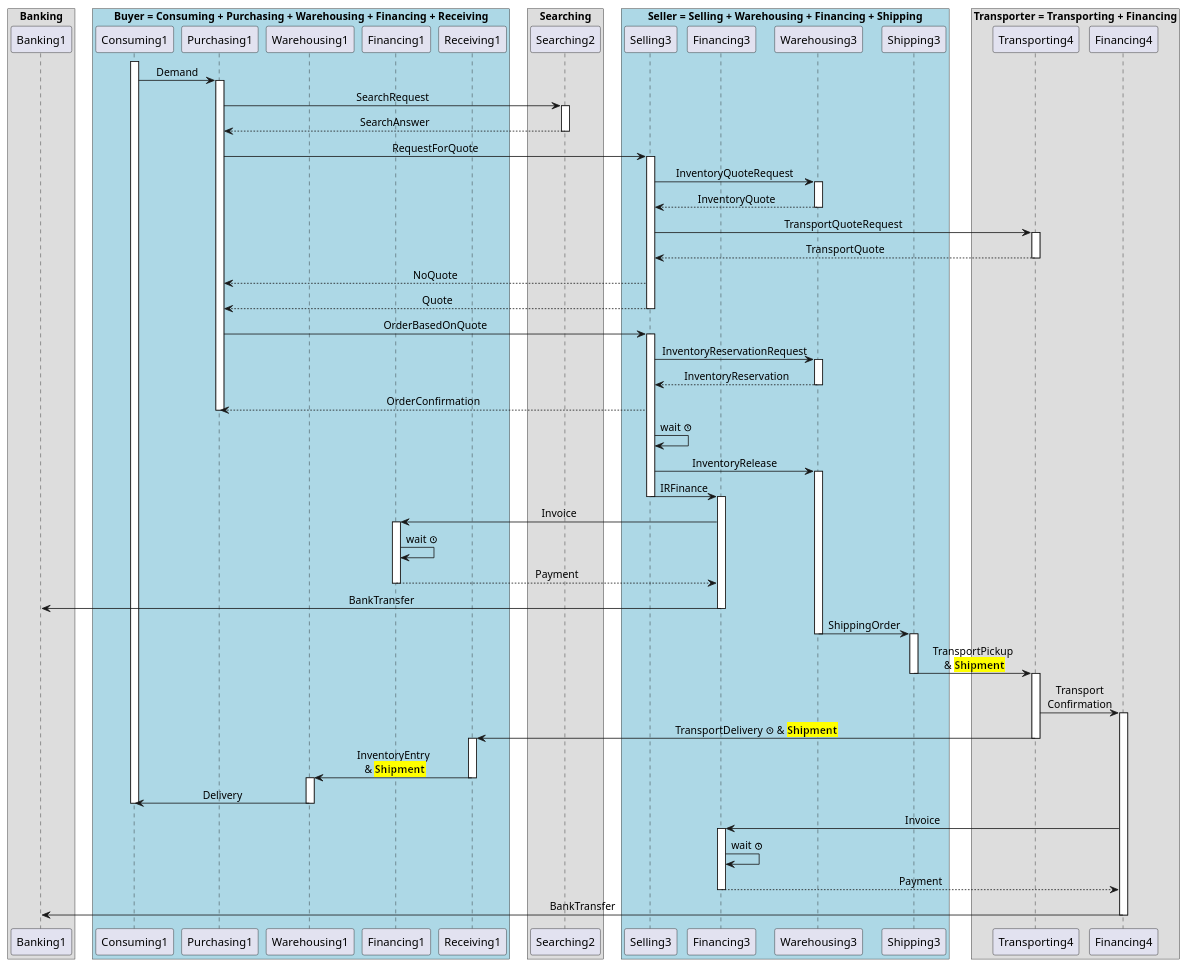
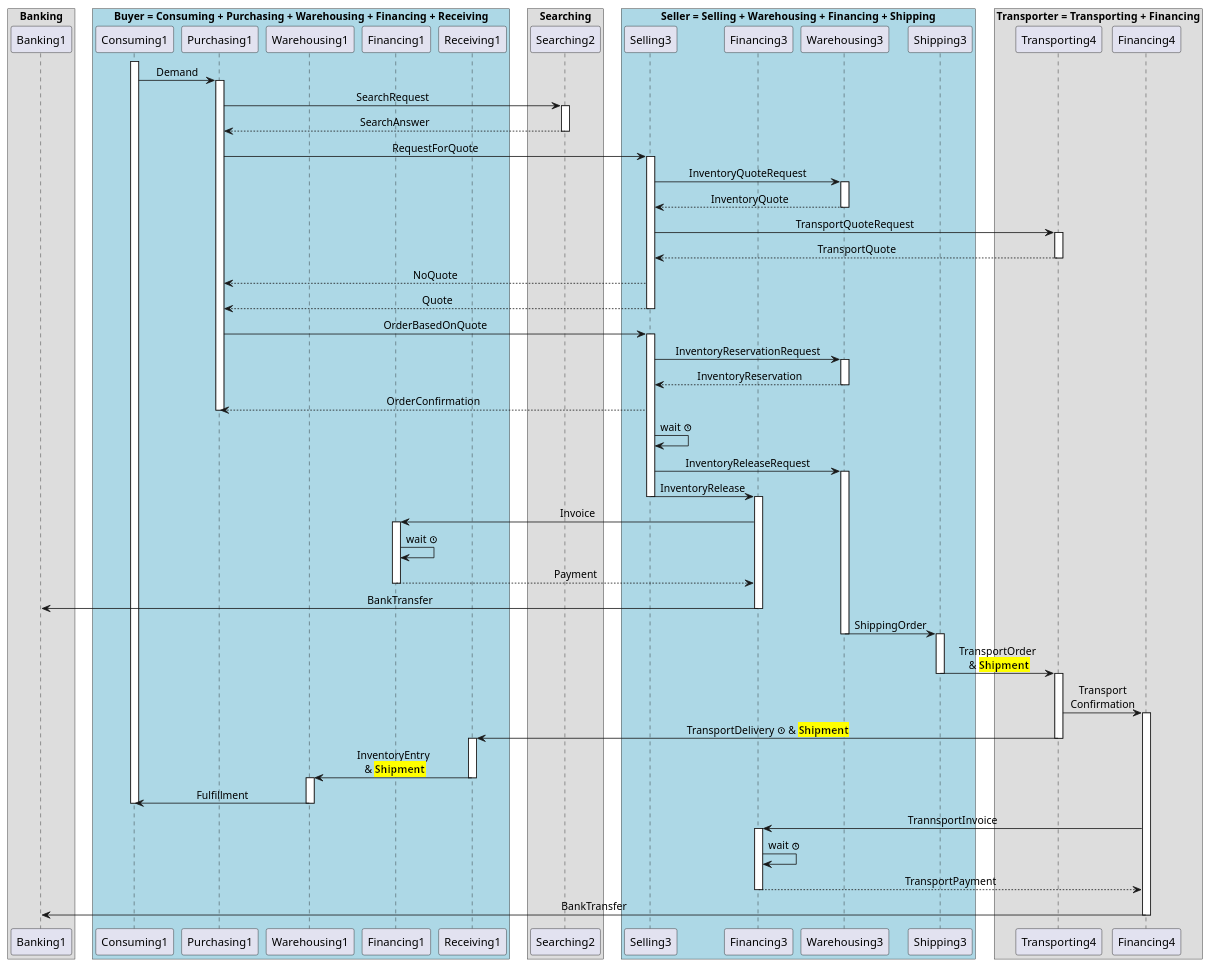
Before and after one commit to averbraeck/gscg-design: the diagram in doc/5-components/diagrams/gscg-sim-sequence.puml, drawn with PlantUML. The commit also changed 1 other file, not shown here.

Commit message:
Made the table and the sequence diagram consistent with each other

```diff
--- a/doc/5-components/diagrams/gscg-sim-sequence.puml
+++ b/doc/5-components/diagrams/gscg-sim-sequence.puml
@@ -1,95 +1,95 @@
 @startuml
 skinparam BoxPadding 10
 skinparam sequenceMessageAlign center
 
 box "Banking"
 participant Banking1 as BR0
 end box
 
 box "Buyer = Consuming + Purchasing + Warehousing + Financing + Receiving" #LightBlue
 participant Consuming1 as CR1
 participant Purchasing1 as PR1
 participant Warehousing1 as WR1
 participant Financing1 as FR1
 participant Receiving1 AS RR1
 end box
 
 box "Searching"
 participant Searching2 as SR2
 end box
 
 box "Seller = Selling + Warehousing + Financing + Shipping" #LightBlue
 participant Selling3 as SR3
 participant Financing3 as FR3
 participant Warehousing3 as WR3
 participant Shipping3 as ShR3
 end box
 
 box "Transporter = Transporting + Financing"
 participant Transporting4 as TR4
 participant Financing4 as FR4
 end box
 
 activate CR1
 CR1 -> PR1: Demand
   activate PR1
   PR1 -> SR2: SearchRequest
     activate SR2
     return SearchAnswer
   PR1 -> SR3: RequestForQuote
     activate SR3
     SR3 -> WR3: InventoryQuoteRequest
       activate WR3
       return InventoryQuote
     SR3 -> TR4: TransportQuoteRequest
       activate TR4
       return TransportQuote
     SR3 --> PR1: NoQuote
     return Quote
     
   PR1 -> SR3: OrderBasedOnQuote
     activate SR3
     SR3 -> WR3: InventoryReservationRequest
       activate WR3
       return InventoryReservation
     SR3 --> PR1: OrderConfirmation
   deactivate PR1
     SR3 -> SR3: wait <&clock>
-    SR3 -> WR3: InventoryRelease
+    SR3 -> WR3: InventoryReleaseRequest
     activate WR3
-    SR3 -> FR3: IRFinance
+    SR3 -> FR3: InventoryRelease
       deactivate SR3
       activate FR3
       FR3 -> FR1: Invoice
       activate FR1
         FR1 -> FR1: wait <&clock>
         FR1 --> FR3: Payment
         deactivate FR1
       FR3 -> BR0: BankTransfer
     deactivate FR3
 
     WR3 -> ShR3: ShippingOrder
       deactivate WR3
       activate ShR3
-      ShR3 -> TR4: TransportPickup\n & <back:yellow><b>Shipment</b>
+      ShR3 -> TR4: TransportOrder\n & <back:yellow><b>Shipment</b>
         deactivate ShR3
         activate TR4
         TR4 -> FR4: Transport\nConfirmation
           activate FR4
         TR4 -> RR1: TransportDelivery <&clock> & <back:yellow><b>Shipment</b>
           deactivate TR4
         activate RR1
         RR1 -> WR1: InventoryEntry\n & <back:yellow><b>Shipment</b>
           deactivate RR1
           activate WR1
-          WR1 -> CR1: Delivery
+          WR1 -> CR1: Fulfillment
           deactivate WR1
       deactivate CR1
-      FR4 -> FR3: Invoice
+      FR4 -> FR3: TrannsportInvoice
       activate FR3
         FR3 -> FR3: wait <&clock>
-        FR3 --> FR4: Payment
+        FR3 --> FR4: TransportPayment
         deactivate FR3
       FR4 -> BR0: BankTransfer
     deactivate FR4
 @enduml
```
